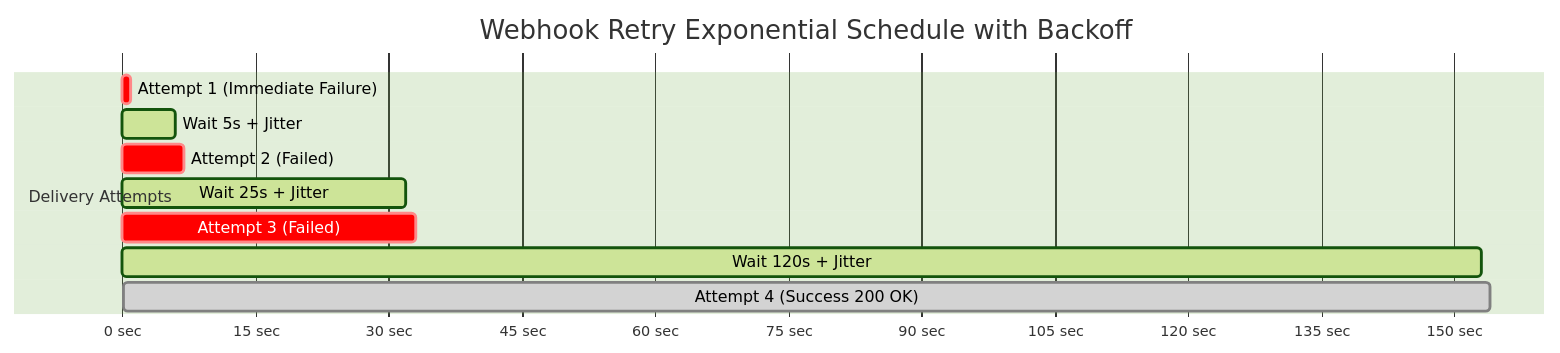
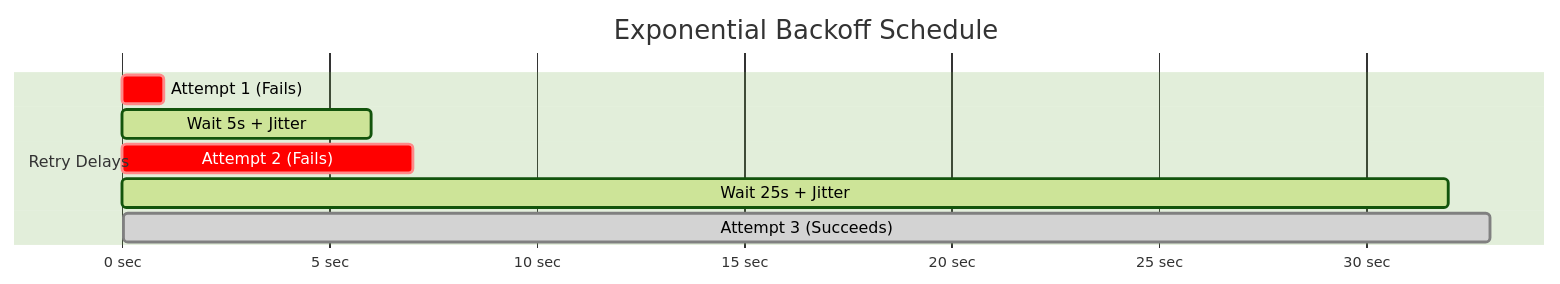
One commit to rohithgowda18/Notes changed the seventh of 10 diagrams in 07-Backend-Engineering/Webhooks.md. Above: the diagram before and after it, drawn with Mermaid (forest theme). The commit also changed other lines of this file, not shown here.

````diff
--- a/07-Backend-Engineering/Webhooks.md
+++ b/07-Backend-Engineering/Webhooks.md
@@ -440,14 +282,12 @@
 ```mermaid
 gantt
-    title Webhook Retry Exponential Schedule with Backoff
+    title Exponential Backoff Schedule
     dateFormat X
     axisFormat %s sec
-    section Delivery Attempts
-    Attempt 1 (Immediate Failure) :crit, 0, 1
-    Wait 5s + Jitter              :active, 1, 6
-    Attempt 2 (Failed)            :crit, 6, 7
-    Wait 25s + Jitter             :active, 7, 32
-    Attempt 3 (Failed)            :crit, 32, 33
-    Wait 120s + Jitter            :active, 33, 153
-    Attempt 4 (Success 200 OK)    :done, 153, 154
+    section Retry Delays
+    Attempt 1 (Fails)     :crit, 0, 1
+    Wait 5s + Jitter      :active, 1, 6
+    Attempt 2 (Fails)     :crit, 6, 7
+    Wait 25s + Jitter     :active, 7, 32
+    Attempt 3 (Succeeds)  :done, 32, 33
 ```
````
